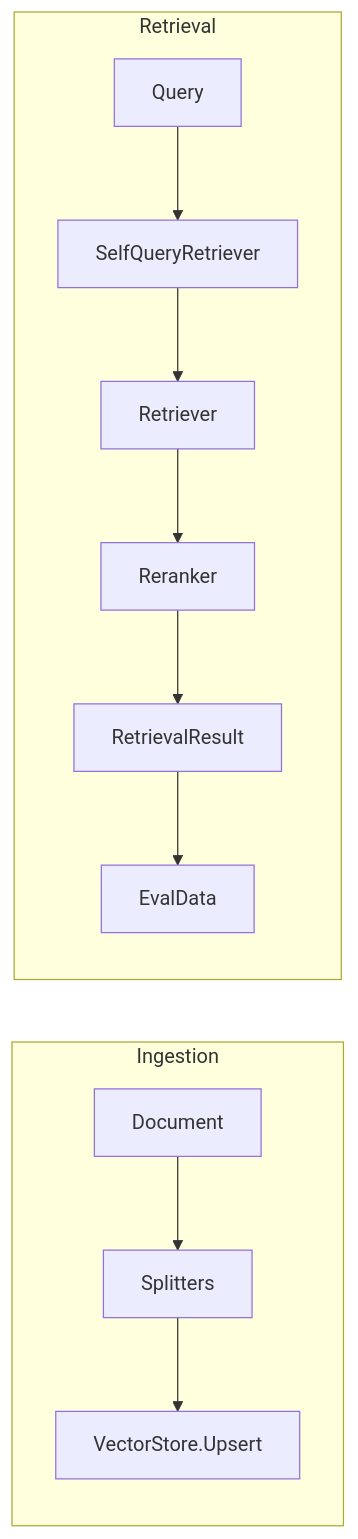
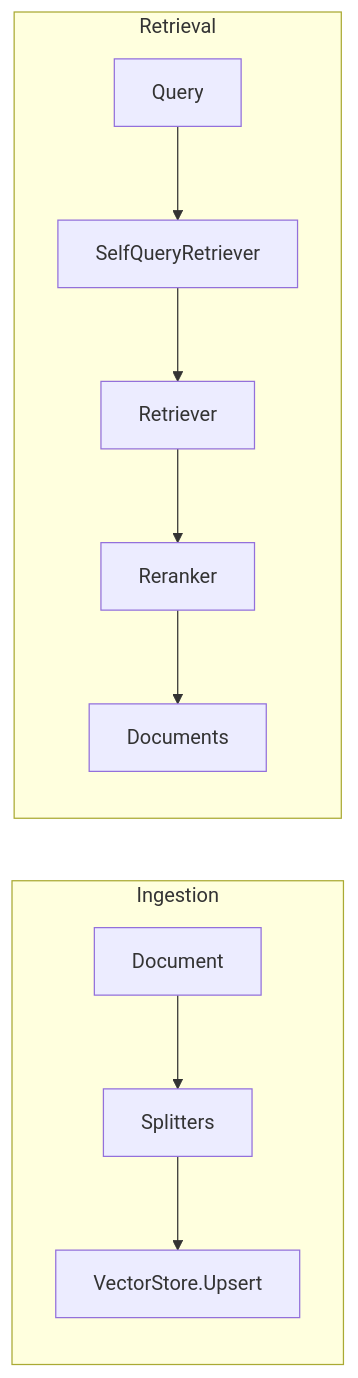
The diagram in README.md (skosovsky/ragy), drawn with Mermaid before and after one commit. The commit also changed other lines of this file and 59 other files, not shown here.

````diff
--- a/README.md
+++ b/README.md
@@ -24,14 +24,13 @@
 ```mermaid
 flowchart LR
   subgraph ingestion [Ingestion]
     Doc[Document] --> Split[Splitters]
     Split --> Store[VectorStore.Upsert]
   end
   subgraph retrieval [Retrieval]
     Query[Query] --> SelfQuery[SelfQueryRetriever]
     SelfQuery --> Retriever[Retriever]
     Retriever --> Rerank[Reranker]
-    Rerank --> Result[RetrievalResult]
-    Result --> Eval[EvalData]
+    Rerank --> Docs[Documents]
   end
 ```
````
